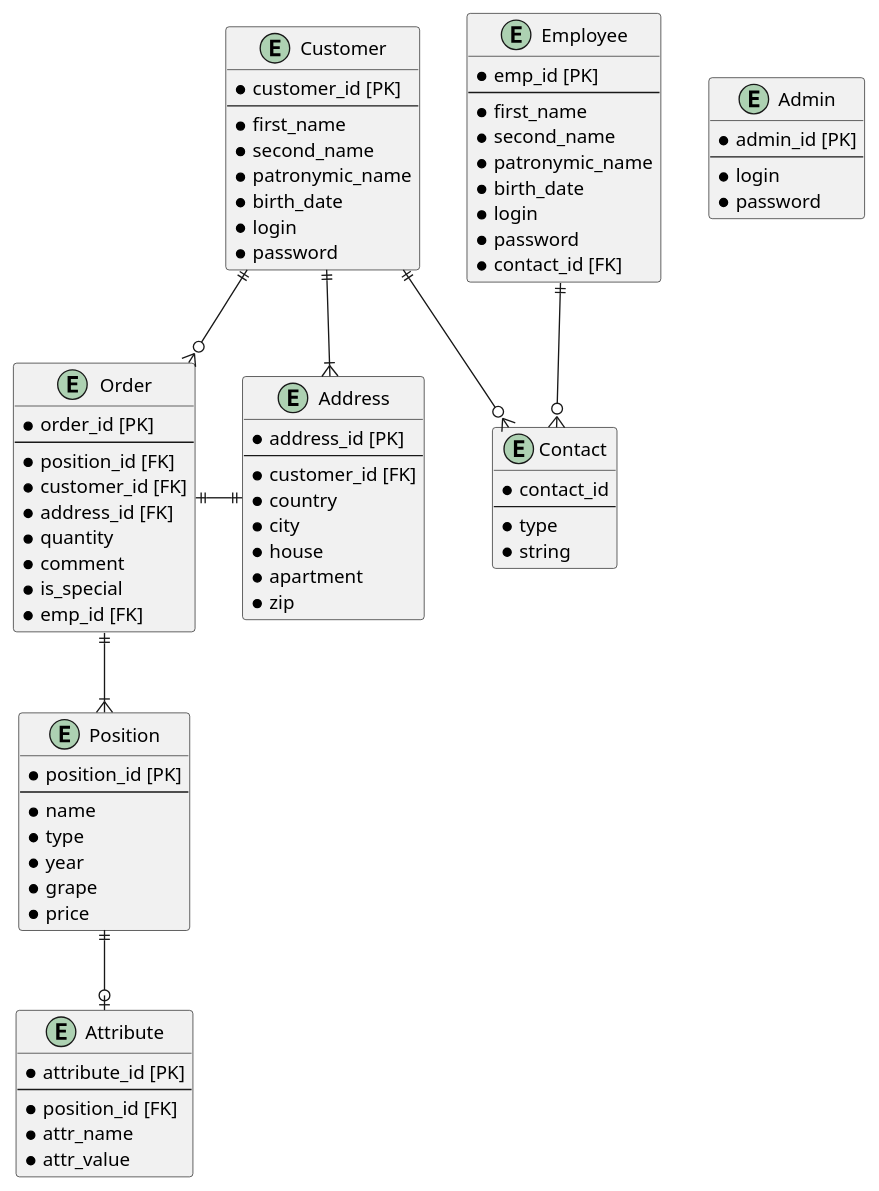
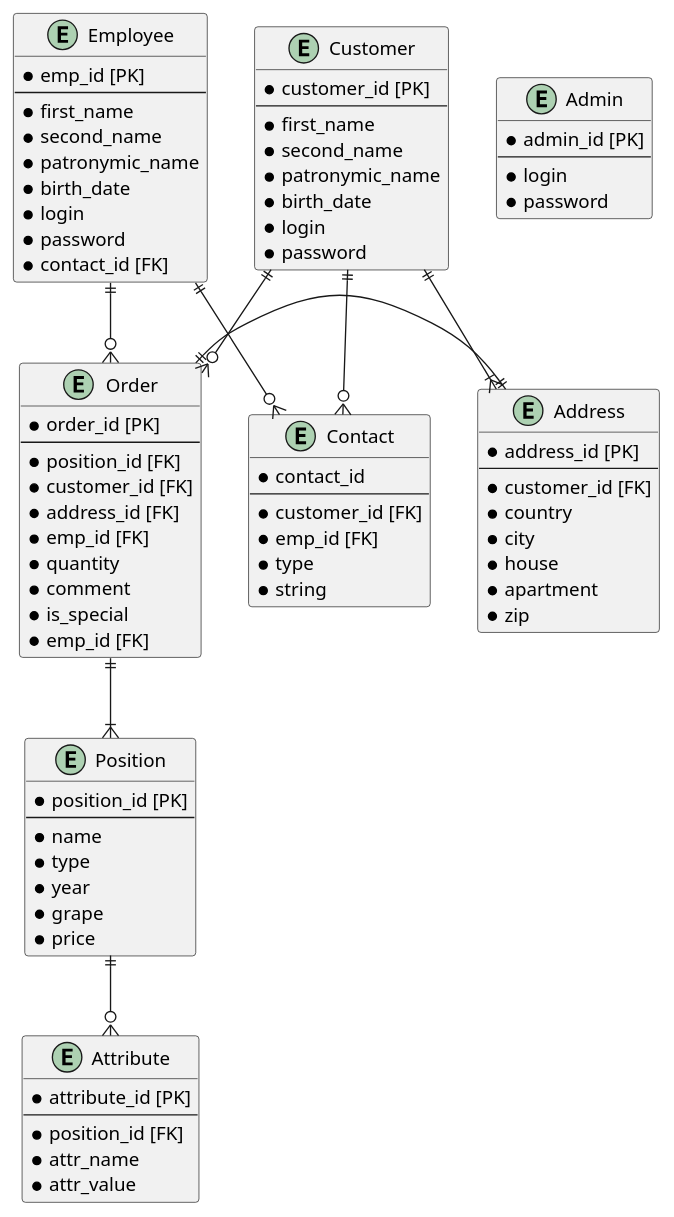
The diagram in documentation/db_relation_diagram.md (ikotamsl/wineshop-project), drawn with PlantUML before and after one commit. The commit also changed 4 other files, not shown here.

````diff
--- a/documentation/db_relation_diagram.md
+++ b/documentation/db_relation_diagram.md
@@ -57,6 +57,7 @@
     * position_id [FK]
     * customer_id [FK]
     * address_id [FK]
+    * emp_id [FK]
     * quantity
     * comment
     * is_special
@@ -77,6 +78,8 @@
 entity Contact {
     * contact_id
     --
+    * customer_id [FK]
+    * emp_id [FK]
     * type
     * string
 }
@@ -89,8 +92,9 @@
 Customer ||--o{ Contact
 
 Employee ||--o{ Contact
+Employee ||--o{ Order
 
-Position ||--o| Attribute
+Position ||--o{ Attribute
 
 @enduml
 ```
````
